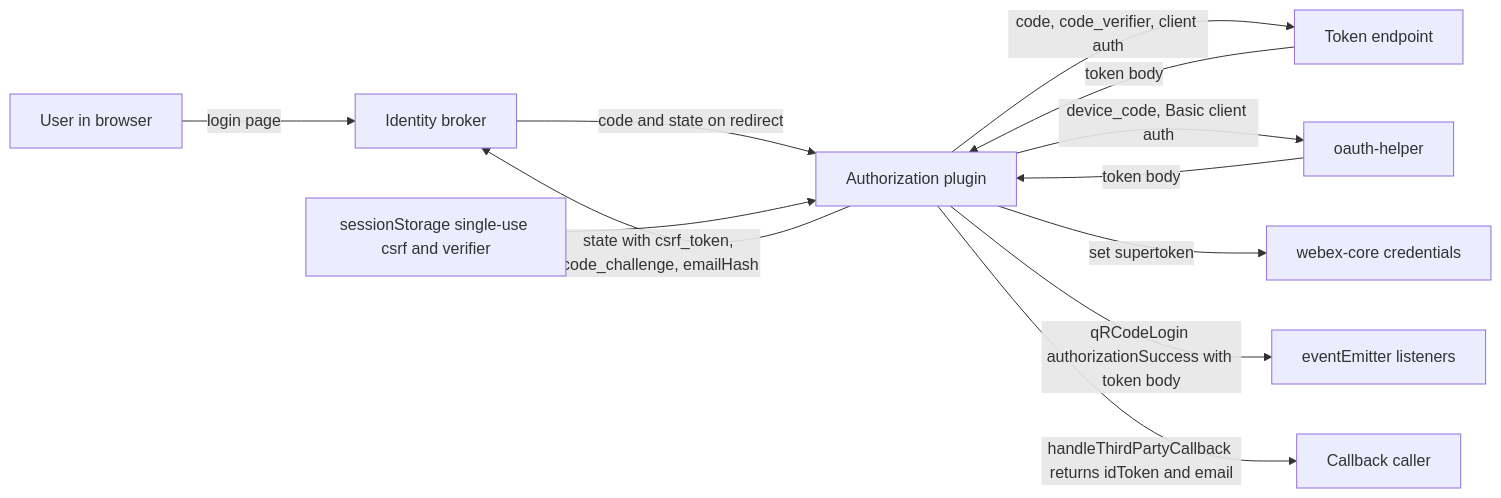
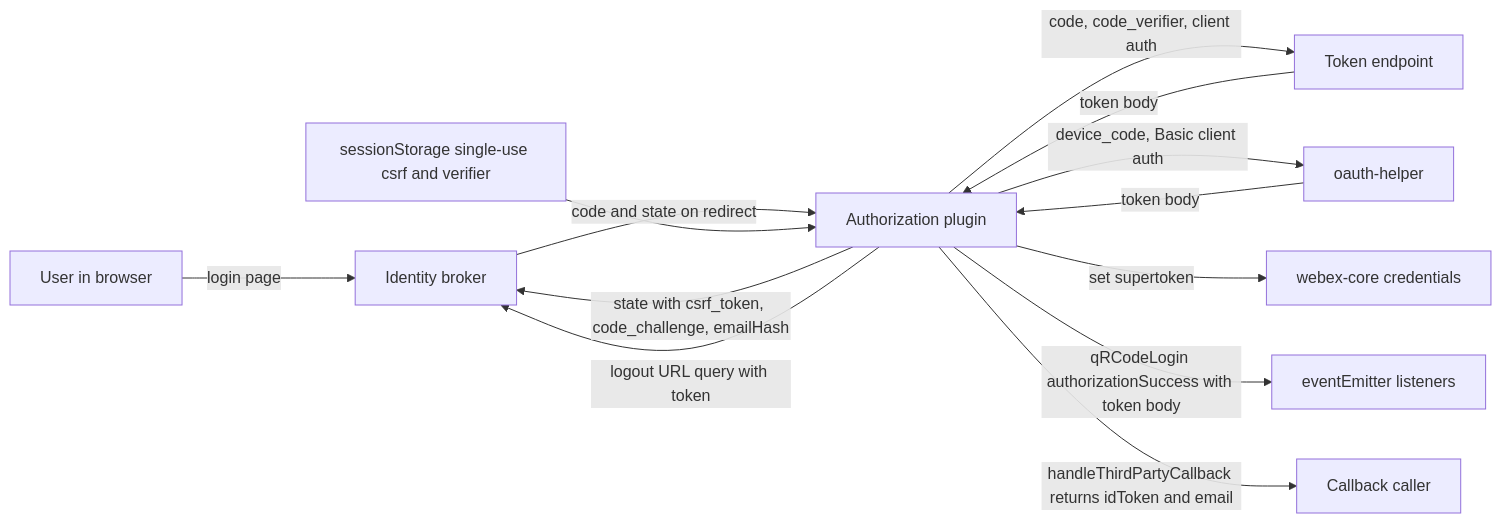
One commit to webex/webex-js-sdk changed the third of 3 diagrams in packages/@webex/plugin-authorization-browser-first-party/docs/architecture.md. Above: the diagram before and after it, drawn with Mermaid. The commit also changed other lines of this file and 2 other files, not shown here.

````diff
--- a/packages/@webex/plugin-authorization-browser-first-party/docs/architecture.md
+++ b/packages/@webex/plugin-authorization-browser-first-party/docs/architecture.md
@@ -238,14 +241,15 @@
 ```mermaid
 flowchart LR
   User[User in browser] -->|login page| IdB[Identity broker]
   Auth[Authorization plugin] -->|state with csrf_token, code_challenge, emailHash| IdB
   IdB -->|code and state on redirect| Auth
   Store[sessionStorage single-use csrf and verifier] --> Auth
   Auth -->|code, code_verifier, client auth| Token[Token endpoint]
   Token -->|token body| Auth
   Auth -->|device_code, Basic client auth| Helper[oauth-helper]
   Helper -->|token body| Auth
   Auth -->|set supertoken| Cred[webex-core credentials]
   Auth -->|qRCodeLogin authorizationSuccess with token body| Listeners[eventEmitter listeners]
   Auth -->|handleThirdPartyCallback returns idToken and email| Caller[Callback caller]
+  Auth -->|logout URL query with token| IdB
 ```
````
